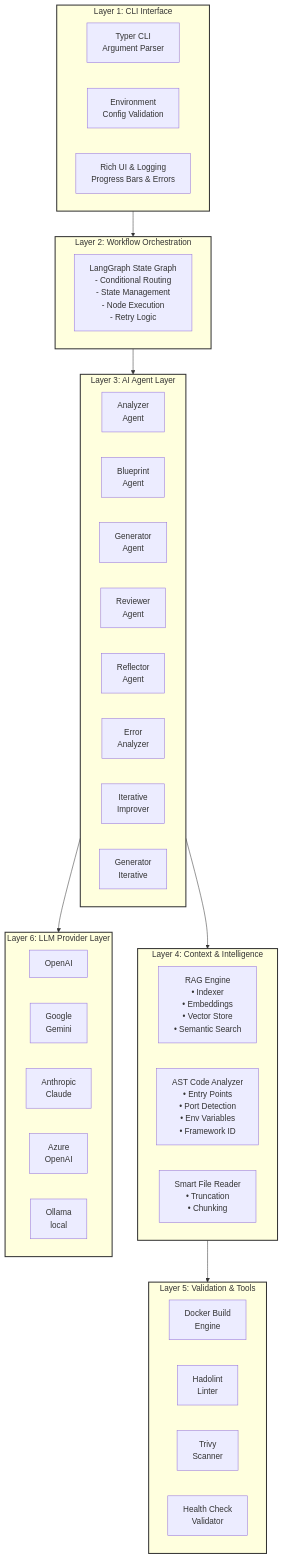
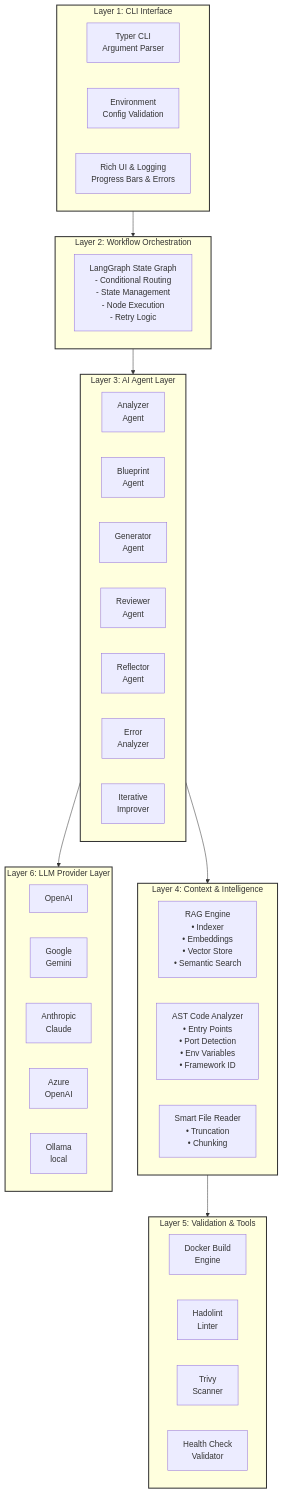
One commit to itzzjb/dockai changed the first of 2 diagrams in docs/architecture.md. Above: the diagram before and after it, drawn with Mermaid. The commit also changed other lines of this file and 12 other files, not shown here.

Commit message:
Remove iterative generator references and instructions from configuration, documentation, and codebase; streamline Dockerfile generation process.

````diff
--- a/docs/architecture.md
+++ b/docs/architecture.md
@@ -32,57 +32,56 @@
 ```mermaid
 graph TB
     subgraph Layer1["Layer 1: CLI Interface"]
         CLI[Typer CLI<br/>Argument Parser]
         ENV[Environment<br/>Config Validation]
         UI[Rich UI & Logging<br/>Progress Bars & Errors]
     end
     
     subgraph Layer2["Layer 2: Workflow Orchestration"]
         LG[LangGraph State Graph<br/>- Conditional Routing<br/>- State Management<br/>- Node Execution<br/>- Retry Logic]
     end
     
     subgraph Layer3["Layer 3: AI Agent Layer"]
         A1[Analyzer<br/>Agent]
         A2[Blueprint<br/>Agent]
         A3[Generator<br/>Agent]
         A4[Reviewer<br/>Agent]
         A5[Reflector<br/>Agent]
         A6[Error<br/>Analyzer]
         A7[Iterative<br/>Improver]
-        A8[Generator<br/>Iterative]
     end
     
     subgraph Layer4["Layer 4: Context & Intelligence"]
         RAG[RAG Engine<br/>• Indexer<br/>• Embeddings<br/>• Vector Store<br/>• Semantic Search]
         AST[AST Code Analyzer<br/>• Entry Points<br/>• Port Detection<br/>• Env Variables<br/>• Framework ID]
         FR[Smart File Reader<br/>• Truncation<br/>• Chunking]
     end
     
     subgraph Layer5["Layer 5: Validation & Tools"]
         DB[Docker Build<br/>Engine]
         HL[Hadolint<br/>Linter]
         TV[Trivy<br/>Scanner]
         HC[Health Check<br/>Validator]
     end
     
     subgraph Layer6["Layer 6: LLM Provider Layer"]
         OAI[OpenAI]
         GEM[Google<br/>Gemini]
         ANT[Anthropic<br/>Claude]
         AZ[Azure<br/>OpenAI]
         OL[Ollama<br/>local]
     end
     
     Layer1 --> Layer2
     Layer2 --> Layer3
     Layer3 --> Layer4
     Layer4 --> Layer5
     Layer3 --> Layer6
     
     style Layer1 stroke:#333,stroke-width:2px
     style Layer2 stroke:#333,stroke-width:2px
     style Layer3 stroke:#333,stroke-width:2px
     style Layer4 stroke:#333,stroke-width:2px
     style Layer5 stroke:#333,stroke-width:2px
     style Layer6 stroke:#333,stroke-width:2px
 ```
````
